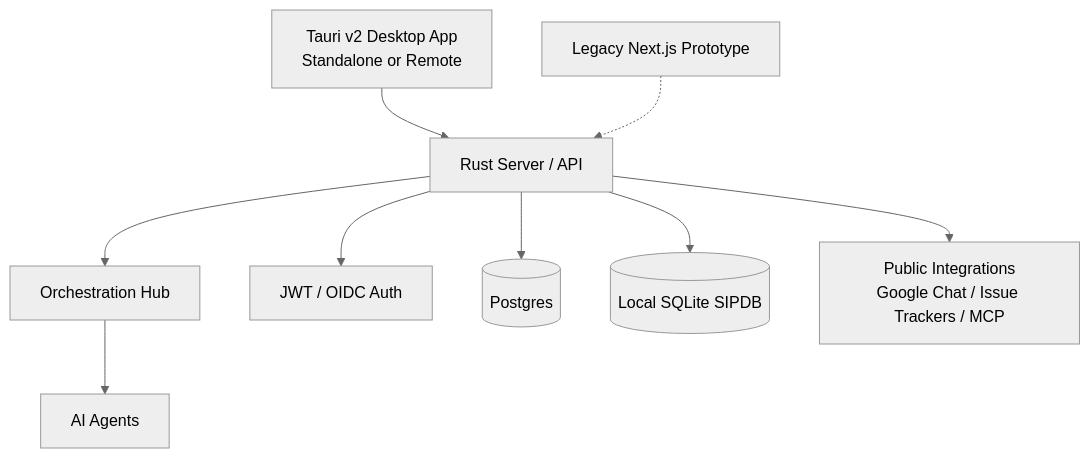
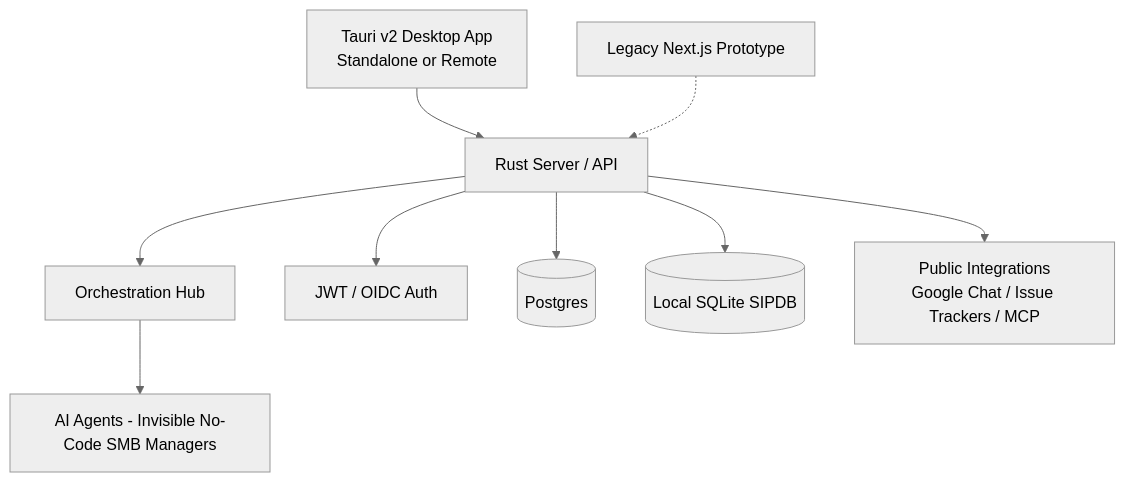
The diagram in README.md (omnisolo-llc/onehumancorp), drawn with Mermaid (neutral theme) before and after one commit. The commit also changed 1 other file, not shown here.

Commit message:
docs(research): add SMB platform market dominance report and update README
This commit adds a comprehensive market research report in YAML/Markdown format comparing traditional SMB platforms (Shopify, Wix) to AI-native ones, mapping out gaps and proposing agentic solutions for OHC. Also makes a minimal update to the README to label the AI Agents as "Invisible No-Code SMB Managers".

````diff
--- a/README.md
+++ b/README.md
@@ -47,11 +47,11 @@
 ```mermaid
 graph TD;
     DesktopClient[Tauri v2 Desktop App\nStandalone or Remote] --> API[Rust Server / API];
     LegacyWeb[Legacy Next.js Prototype] -.-> API;
     API --> Orchestration[Orchestration Hub];
     API --> Auth[JWT / OIDC Auth];
-    Orchestration --> Agents[AI Agents];
+    Orchestration --> Agents[AI Agents - Invisible No-Code SMB Managers];
     API --> Postgres[(Postgres)];
     API --> SQLite[(Local SQLite SIPDB)];
     API --> Integrations[Public Integrations\nGoogle Chat / Issue Trackers / MCP];
 ```
````
